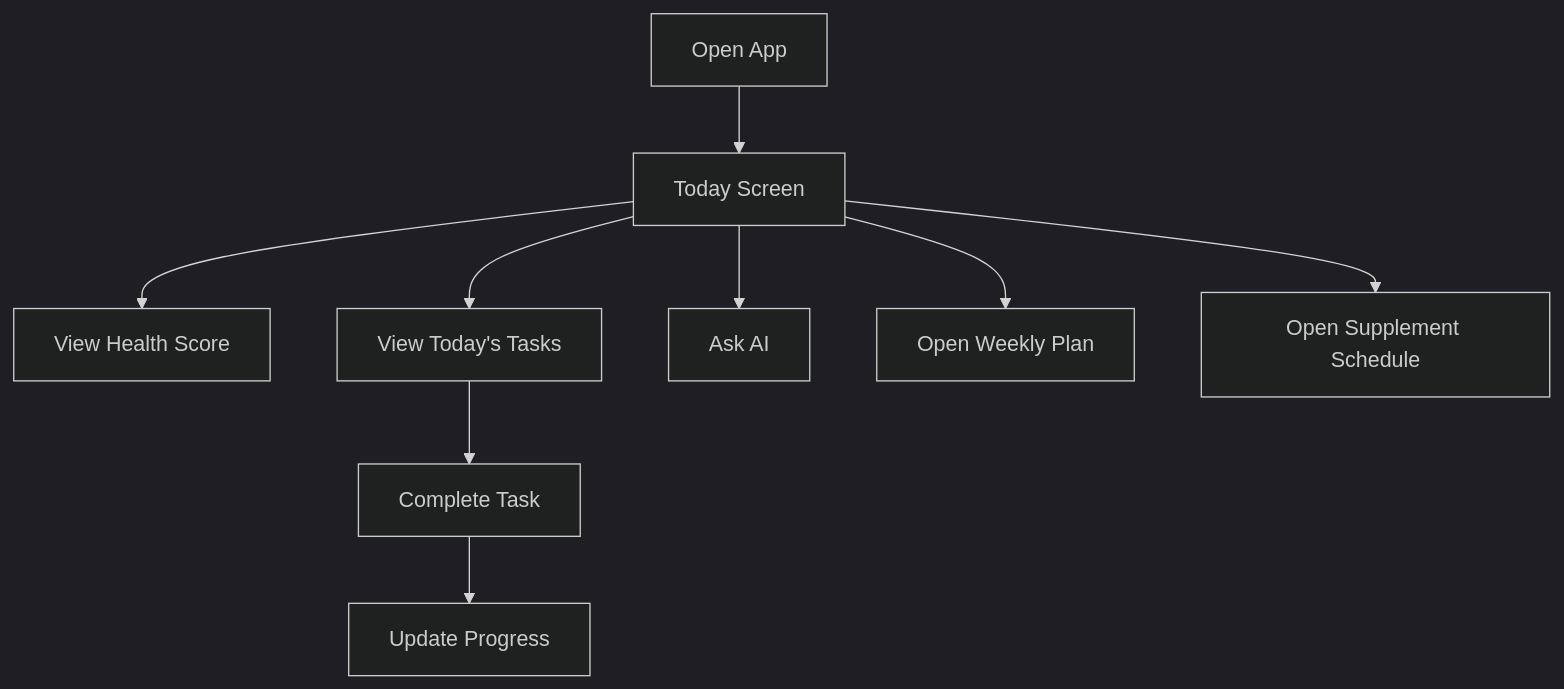
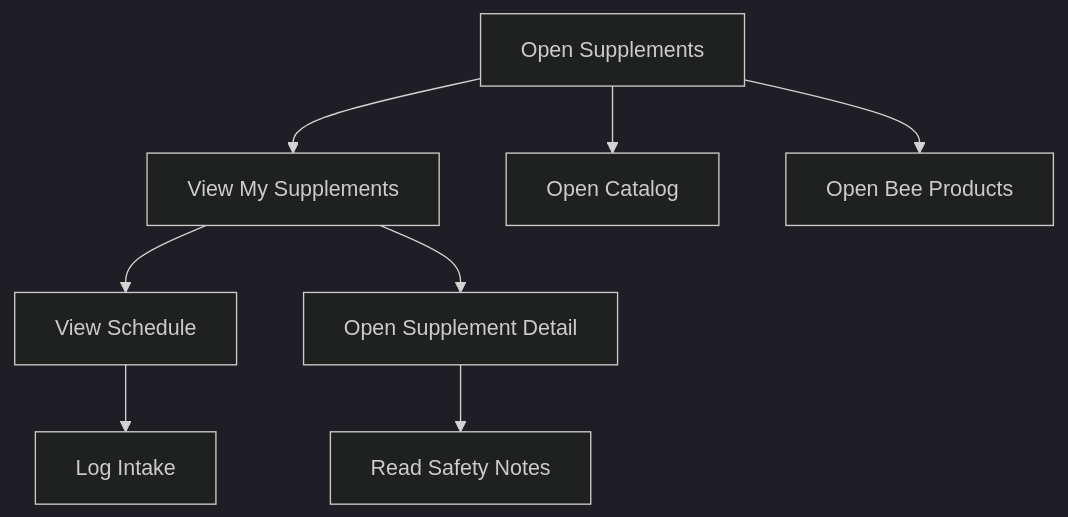
Diagram 14 of 20 in docs/USER_FLOW.md (Yaroslavkukin/HealthCoach), drawn with Mermaid (dark theme) before and after one commit. The commit also changed other lines of this file and 20 other files, not shown here.

````diff
--- a/docs/USER_FLOW.md
+++ b/docs/USER_FLOW.md
@@ -791,11 +434,10 @@
 ```mermaid
 flowchart TD
-    A[Open App] --> B[Today Screen]
-    B --> C[View Health Score]
-    B --> D[View Today's Tasks]
-    D --> E[Complete Task]
-    E --> F[Update Progress]
-    B --> G[Ask AI]
-    B --> H[Open Weekly Plan]
-    B --> I[Open Supplement Schedule]
+    A[Open Supplements] --> B[View My Supplements]
+    B --> C[View Schedule]
+    B --> D[Open Supplement Detail]
+    A --> E[Open Catalog]
+    A --> F[Open Bee Products]
+    C --> G[Log Intake]
+    D --> H[Read Safety Notes]
 ```
````
